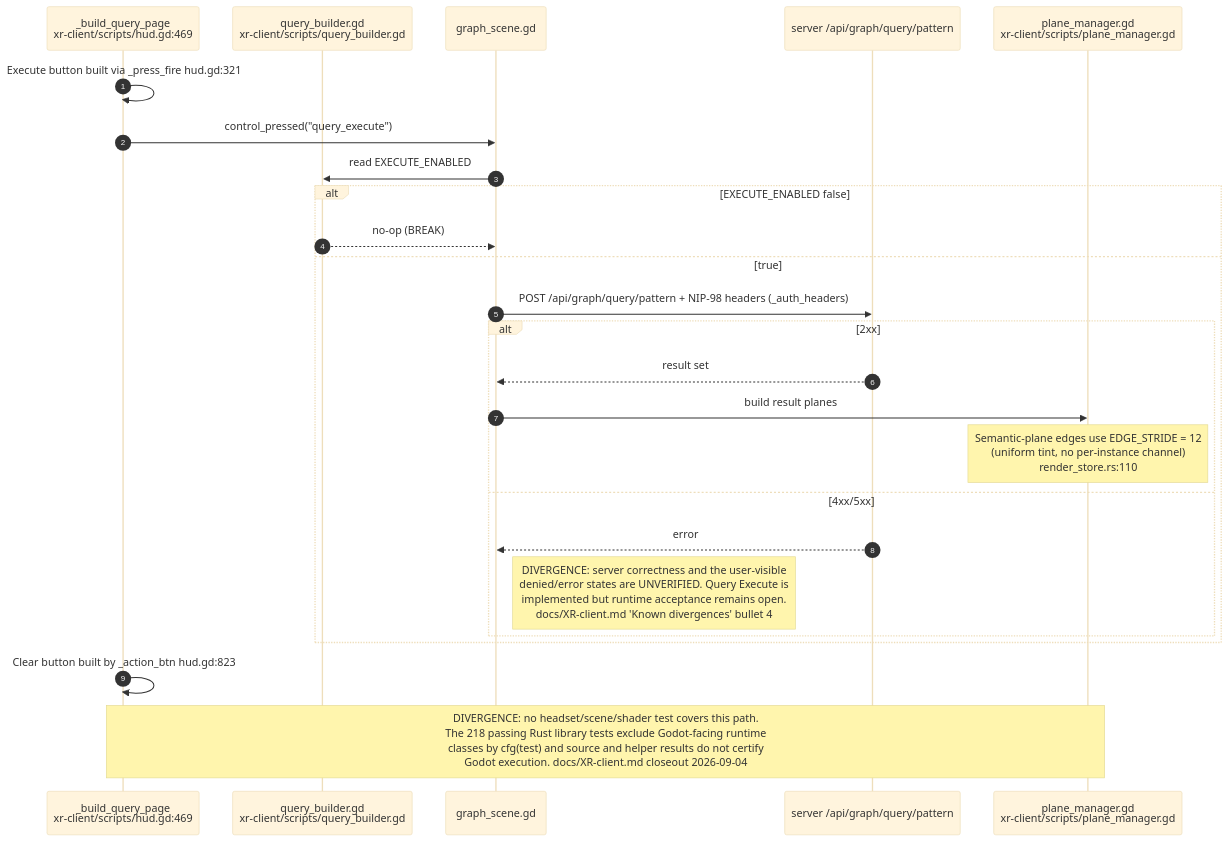
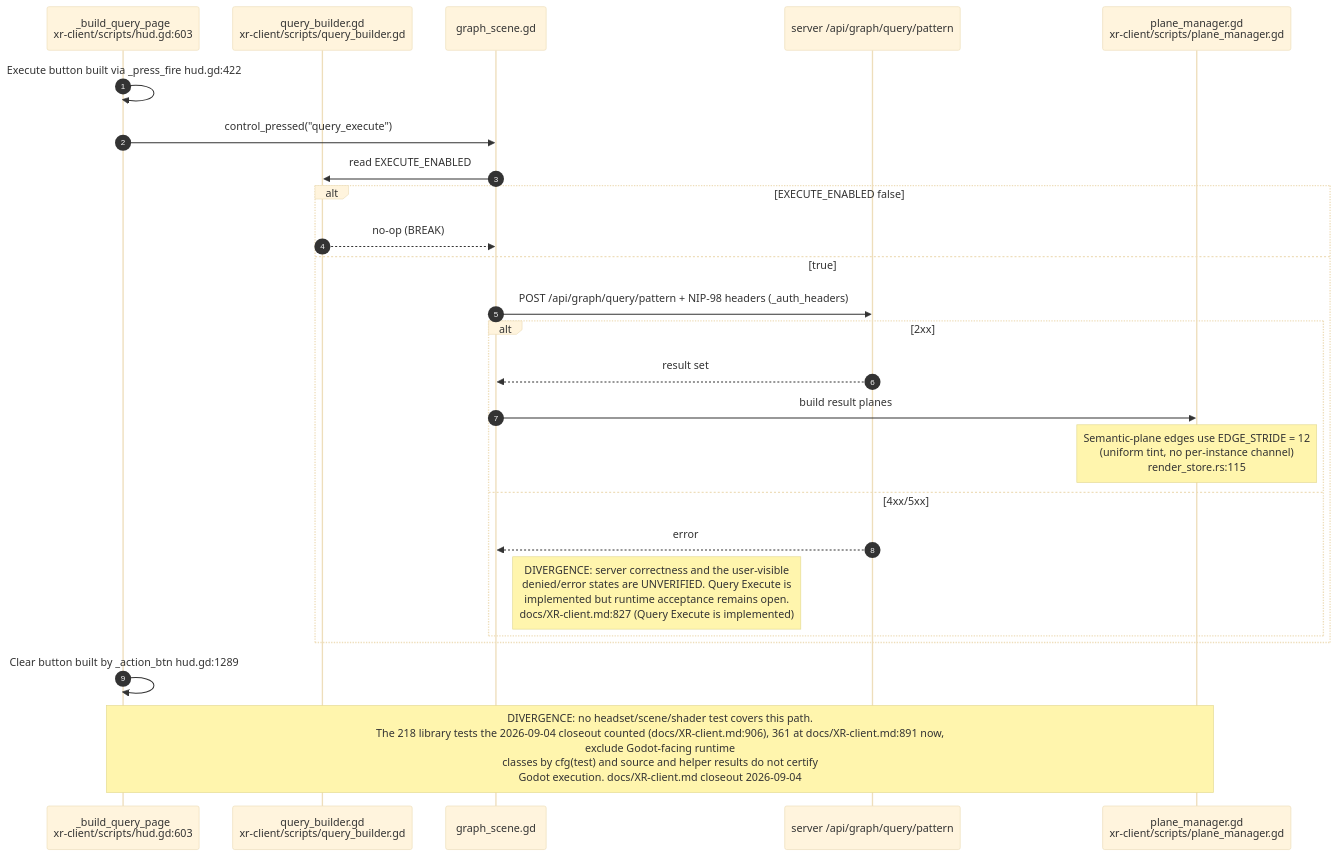
Diagram 17 of 26 in docs/diagrams/visionclaw/36-godot-xr-client.md (DreamLab-AI/VisionFlow), drawn with Mermaid (base theme) before and after one commit. The commit also changed other lines of this file and 26 other files, not shown here.

First line of the commit message:
docs(diagrams): re-verify solid-pod-rs, nostr-rust-forum and visionclaw 22/36 against HEAD

````diff
--- a/docs/diagrams/visionclaw/36-godot-xr-client.md
+++ b/docs/diagrams/visionclaw/36-godot-xr-client.md
@@ -788,28 +819,28 @@
 ```mermaid
 sequenceDiagram
     autonumber
-    participant HD as _build_query_page<br/>xr-client/scripts/hud.gd:469
+    participant HD as _build_query_page<br/>xr-client/scripts/hud.gd:603
     participant QB as query_builder.gd<br/>xr-client/scripts/query_builder.gd
     participant GS as graph_scene.gd
     participant SV as server /api/graph/query/pattern
     participant PM as plane_manager.gd<br/>xr-client/scripts/plane_manager.gd
 
-    HD->>HD: Execute button built via _press_fire hud.gd:321
+    HD->>HD: Execute button built via _press_fire hud.gd:422
     HD->>GS: control_pressed("query_execute")
     GS->>QB: read EXECUTE_ENABLED
     alt EXECUTE_ENABLED false
         QB-->>GS: no-op (BREAK)
     else true
         GS->>SV: POST /api/graph/query/pattern + NIP-98 headers (_auth_headers)
         alt 2xx
             SV-->>GS: result set
             GS->>PM: build result planes
-            Note over PM: Semantic-plane edges use EDGE_STRIDE = 12<br/>(uniform tint, no per-instance channel)<br/>render_store.rs:110
+            Note over PM: Semantic-plane edges use EDGE_STRIDE = 12<br/>(uniform tint, no per-instance channel)<br/>render_store.rs:115
         else 4xx/5xx
             SV-->>GS: error
-            Note right of GS: DIVERGENCE: server correctness and the user-visible<br/>denied/error states are UNVERIFIED. Query Execute is<br/>implemented but runtime acceptance remains open.<br/>docs/XR-client.md 'Known divergences' bullet 4
+            Note right of GS: DIVERGENCE: server correctness and the user-visible<br/>denied/error states are UNVERIFIED. Query Execute is<br/>implemented but runtime acceptance remains open.<br/>docs/XR-client.md:827 (Query Execute is implemented)
         end
     end
-    HD->>HD: Clear button built by _action_btn hud.gd:823
-    Note over HD,PM: DIVERGENCE: no headset/scene/shader test covers this path.<br/>The 218 passing Rust library tests exclude Godot-facing runtime<br/>classes by cfg(test) and source and helper results do not certify<br/>Godot execution. docs/XR-client.md closeout 2026-09-04
+    HD->>HD: Clear button built by _action_btn hud.gd:1289
+    Note over HD,PM: DIVERGENCE: no headset/scene/shader test covers this path.<br/>The 218 library tests the 2026-09-04 closeout counted (docs/XR-client.md:906), 361 at docs/XR-client.md:891 now,<br/>exclude Godot-facing runtime<br/>classes by cfg(test) and source and helper results do not certify<br/>Godot execution. docs/XR-client.md closeout 2026-09-04
 ```
````
